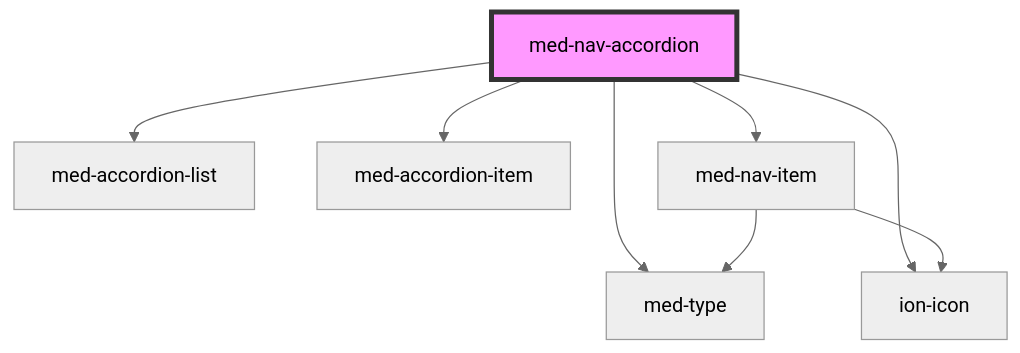
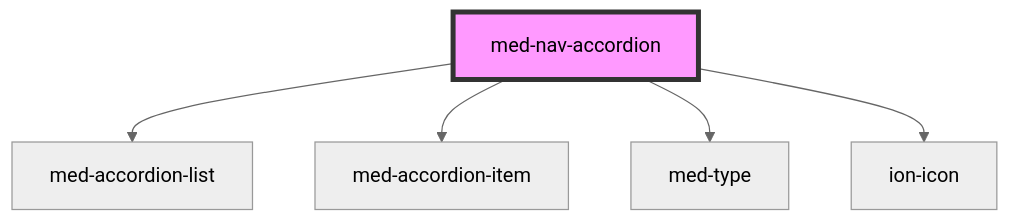
Before and after one commit to MEDGRUPOGIT/ionic-framework-1: the diagram in core/src/components/@templarios/compositions/med-nav-accordion/readme.md, drawn with Mermaid (neutral theme). The commit also changed other lines of this file and 96 other files, not shown here.

````diff
--- a/core/src/components/@templarios/compositions/med-nav-accordion/readme.md
+++ b/core/src/components/@templarios/compositions/med-nav-accordion/readme.md
@@ -26,11 +26,8 @@
 ```mermaid
 graph TD;
   med-nav-accordion --> med-accordion-list
   med-nav-accordion --> med-accordion-item
   med-nav-accordion --> med-type
   med-nav-accordion --> ion-icon
-  med-nav-accordion --> med-nav-item
-  med-nav-item --> ion-icon
-  med-nav-item --> med-type
   style med-nav-accordion fill:#f9f,stroke:#333,stroke-width:4px
 ```
````
